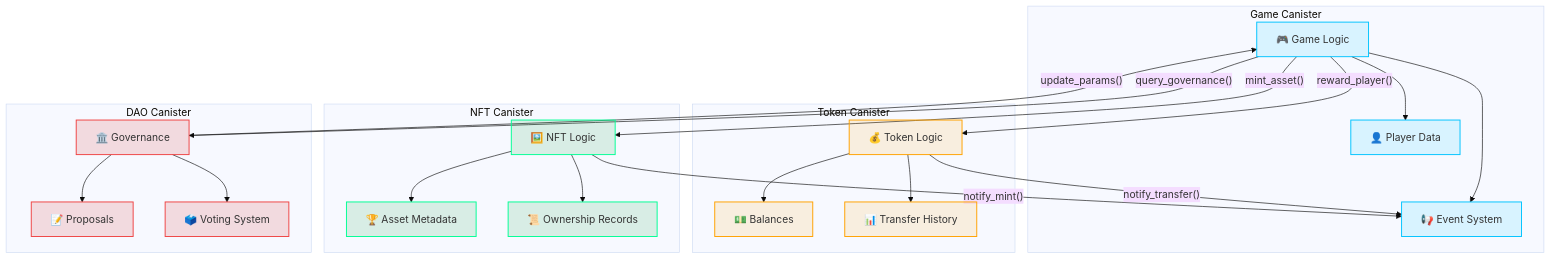
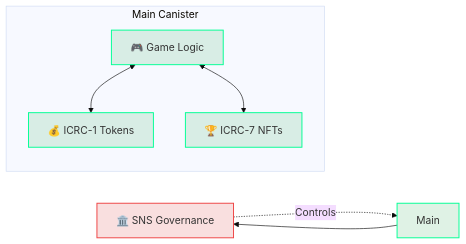
Before and after one commit to cosmicrafts/cosmicrafts-dao: the fourth of 11 diagrams in src/frontend/src/assets/markdown/en/architecture.md, drawn with Mermaid (base theme). The commit also changed other lines of this file and 14 other files, not shown here.

````diff
--- a/src/frontend/src/assets/markdown/en/architecture.md
+++ b/src/frontend/src/assets/markdown/en/architecture.md
@@ -336,77 +139,28 @@
 ```mermaid
-flowchart TD
-    %% Game Canister nodes
+flowchart LR
+    %% Core components inside single canister
+    subgraph "Main Canister"
     GameLogic["🎮 Game Logic"]
-    PlayerData["👤 Player Data"]
-    Events["📢 Event System"]
+    TokenSystem["💰 ICRC-1 Tokens"]
+    NFTSystem["🏆 ICRC-7 NFTs"]
+    end
     
-    %% Token Canister nodes
-    TokenLogic["💰 Token Logic"]
-    Balances["💵 Balances"]
-    Transfers["📊 Transfer History"]
-    
-    %% NFT Canister nodes
-    NFTLogic["🖼️ NFT Logic"]
-    Assets["🏆 Asset Metadata"]
-    Ownership["📜 Ownership Records"]
-    
-    %% DAO Canister nodes
-    Governance["🏛️ Governance"]
-    Proposals["📝 Proposals"]
-    Voting["🗳️ Voting System"]
+    %% External DAO 
+    DAO["🏛️ SNS Governance"]
     
     %% Internal connections
-    GameLogic --> PlayerData
-    GameLogic --> Events
-    TokenLogic --> Balances
-    TokenLogic --> Transfers
-    NFTLogic --> Assets
-    NFTLogic --> Ownership
-    Governance --> Proposals
-    Governance --> Voting
+    GameLogic <--> TokenSystem
+    GameLogic <--> NFTSystem
     
-    %% Cross-canister connections
-    GameLogic -->|"reward_player()"| TokenLogic
-    GameLogic -->|"mint_asset()"| NFTLogic
-    GameLogic -->|"query_governance()"| Governance
-    TokenLogic -->|"notify_transfer()"| Events
-    NFTLogic -->|"notify_mint()"| Events
-    Governance -->|"update_params()"| GameLogic
+    %% External connections
+    Main --> DAO
+    DAO -.->|"Controls"| Main
     
-    %% Subgraph definitions
-    subgraph GameCanister["Game Canister"]
-        GameLogic
-        PlayerData
-        Events
-    end
+    %% Style application
+    classDef blockchain fill:#00993320,stroke:#00ff95,stroke-width:1.5px
+    classDef dao fill:#cc000020,stroke:#ef4444,stroke-width:1.5px
     
-    subgraph TokenCanister["Token Canister"]
-        TokenLogic
-        Balances
-        Transfers
-    end
-    
-    subgraph NFTCanister["NFT Canister"]
-        NFTLogic
-        Assets
-        Ownership
-    end
-    
-    subgraph DAOCanister["DAO Canister"]
-        Governance
-        Proposals
-        Voting
-    end
-    
-    %% Styling classes for visual distinction
-    classDef gameCanister fill:#00c3ff20,stroke:#00c3ff,stroke-width:1.5px
-    classDef tokenCanister fill:#ffa20020,stroke:#ffa200,stroke-width:1.5px
-    classDef nftCanister fill:#00993320,stroke:#00ff95,stroke-width:1.5px
-    classDef daoCanister fill:#cc000020,stroke:#ef4444,stroke-width:1.5px
-    
-    %% Apply styles to nodes
-    class GameLogic,PlayerData,Events gameCanister
-    class TokenLogic,Balances,Transfers tokenCanister
-    class NFTLogic,Assets,Ownership nftCanister
-    class Governance,Proposals,Voting daoCanister
+    %% Apply style to nodes
+    class GameLogic,TokenSystem,NFTSystem,Main blockchain
+    class DAO dao
 ```
````
